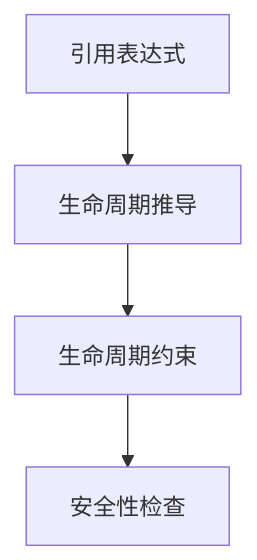
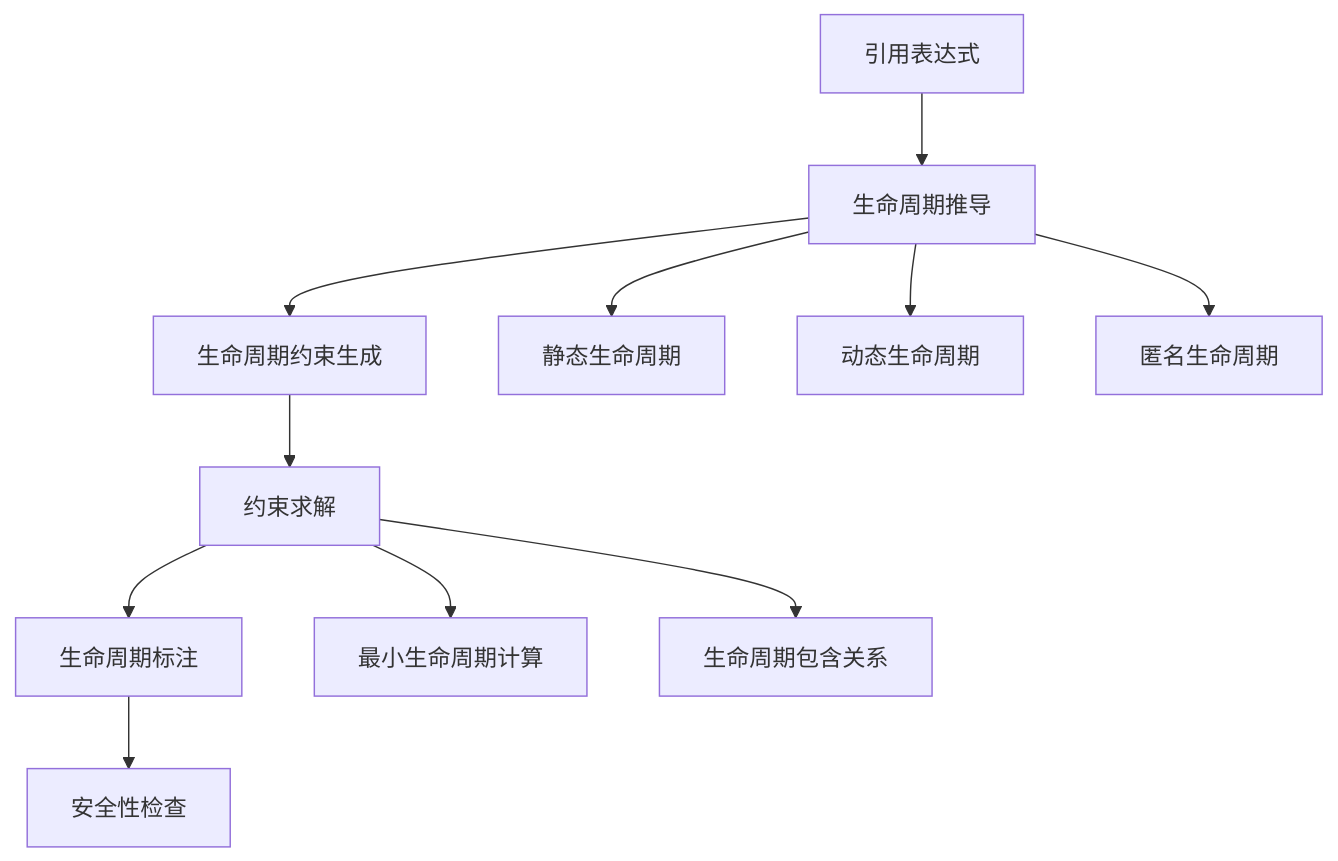
One commit to martin-ly/rust-lang changed the third of 4 diagrams in formal_rust/refactor/01_core_theory/04_ownership_system/01_ownership_theory.md. Above: the diagram before and after it, drawn with Mermaid. The commit also changed other lines of this file and 6 other files, not shown here.

````diff
--- a/formal_rust/refactor/01_core_theory/04_ownership_system/01_ownership_theory.md
+++ b/formal_rust/refactor/01_core_theory/04_ownership_system/01_ownership_theory.md
@@ -181,6 +312,15 @@
-  ```mermaid
-  graph TD
+```mermaid
+graph TD
     A[引用表达式] --> B[生命周期推导]
-    B --> C[生命周期约束]
-    C --> D[安全性检查]
-  ```
+    B --> C[生命周期约束生成]
+    C --> D[约束求解]
+    D --> E[生命周期标注]
+    E --> F[安全性检查]
+    
+    B --> G[静态生命周期]
+    B --> H[动态生命周期]
+    B --> I[匿名生命周期]
+    
+    D --> J[最小生命周期计算]
+    D --> K[生命周期包含关系]
+```
````
